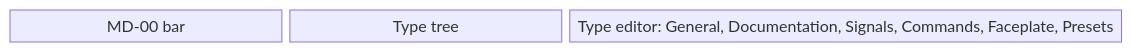
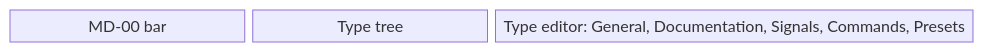
One commit to AlexandreGallais/synoptic-studio-spec changed the first of 13 diagrams in screens/metadata.md. Above: the diagram before and after it, drawn with Mermaid. The commit also changed other lines of this file and 15 other files, not shown here.

First line of the commit message:
docs(spec): merge faceplate into presets and add signal display name

````diff
--- a/screens/metadata.md
+++ b/screens/metadata.md
@@ -27,5 +27,5 @@
 ```mermaid
 block-beta
     columns 4
-    rail["MD-00 bar"] tree["Type tree"] editor["Type editor: General, Documentation, Signals, Commands, Faceplate, Presets"]:2
+    rail["MD-00 bar"] tree["Type tree"] editor["Type editor: General, Documentation, Signals, Commands, Presets"]:2
 ```
````
